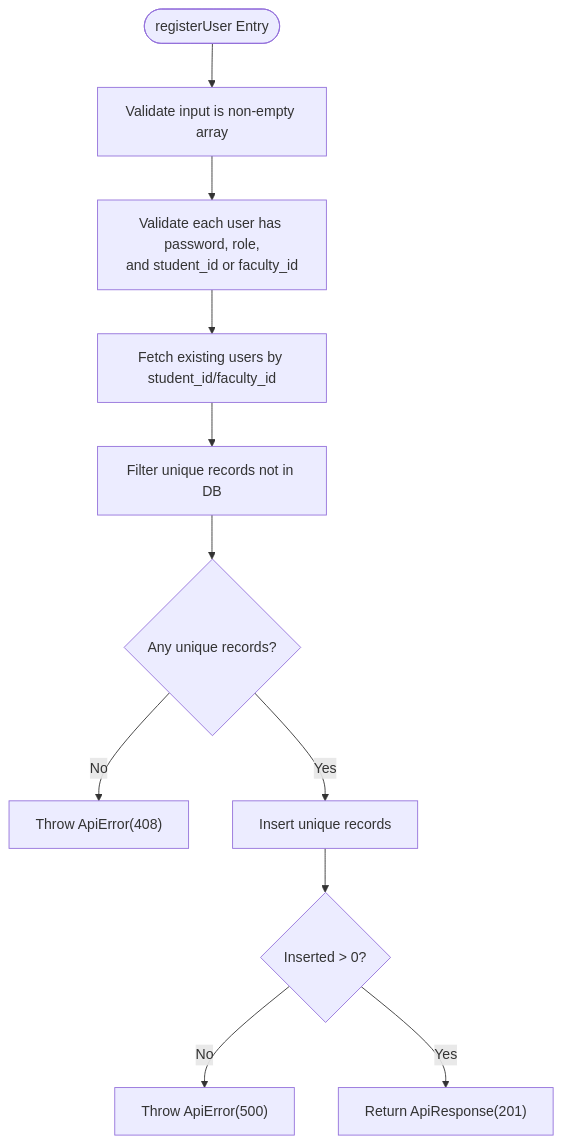
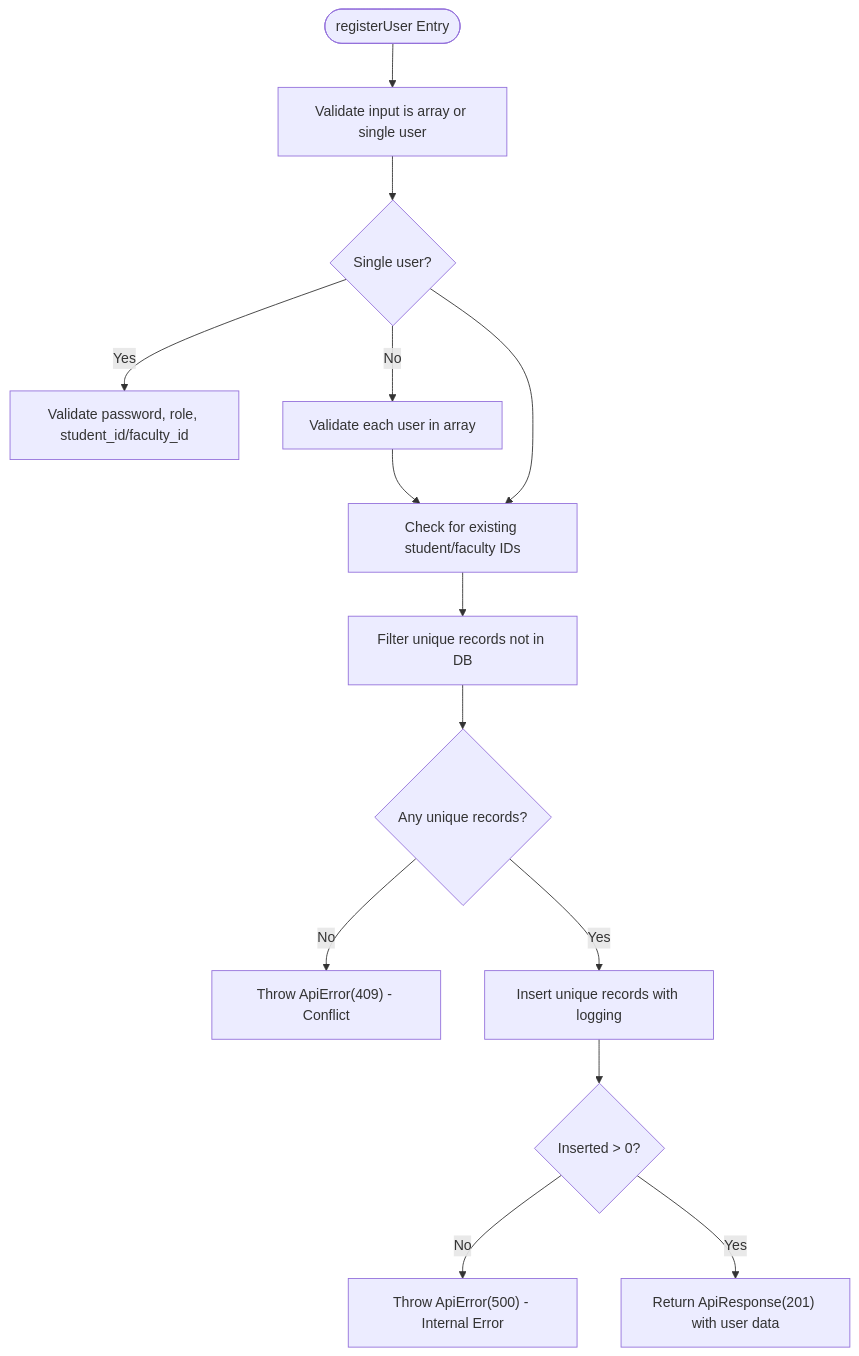
The third of 8 diagrams in .qoder/repowiki/en/content/Authentication & Authorization/Backend Authentication Controller.md (Aryan9060/Timetable-Project), drawn with Mermaid before and after one commit. The commit also changed other lines of this file and 21 other files, not shown here.

````diff
--- a/.qoder/repowiki/en/content/Authentication & Authorization/Backend Authentication Controller.md
+++ b/.qoder/repowiki/en/content/Authentication & Authorization/Backend Authentication Controller.md
@@ -147,13 +183,16 @@
 ```mermaid
 flowchart TD
-Start(["registerUser Entry"]) --> Validate["Validate input is non-empty array"]
-Validate --> Fields["Validate each user has password, role,<br/>and student_id or faculty_id"]
-Fields --> FetchExisting["Fetch existing users by student_id/faculty_id"]
-FetchExisting --> FilterUnique["Filter unique records not in DB"]
+Start(["registerUser Entry"]) --> Validate["Validate input is array or single user"]
+Validate --> Single{"Single user?"}
+Single --> |Yes| SingleFields["Validate password, role, student_id/faculty_id"]
+Single --> |No| MultiFields["Validate each user in array"]
+MultiFields --> UniqueCheck["Check for existing student/faculty IDs"]
+Single --> UniqueCheck
+UniqueCheck --> FilterUnique["Filter unique records not in DB"]
 FilterUnique --> HasUnique{"Any unique records?"}
-HasUnique --> |No| Throw408["Throw ApiError(408)"]
-HasUnique --> |Yes| Insert["Insert unique records"]
+HasUnique --> |No| Throw409["Throw ApiError(409) - Conflict"]
+HasUnique --> |Yes| Insert["Insert unique records with logging"]
 Insert --> Success{"Inserted > 0?"}
-Success --> |No| Throw500["Throw ApiError(500)"]
-Success --> |Yes| Respond["Return ApiResponse(201)"]
+Success --> |No| Throw500["Throw ApiError(500) - Internal Error"]
+Success --> |Yes| Response["Return ApiResponse(201) with user data"]
 ```
````
